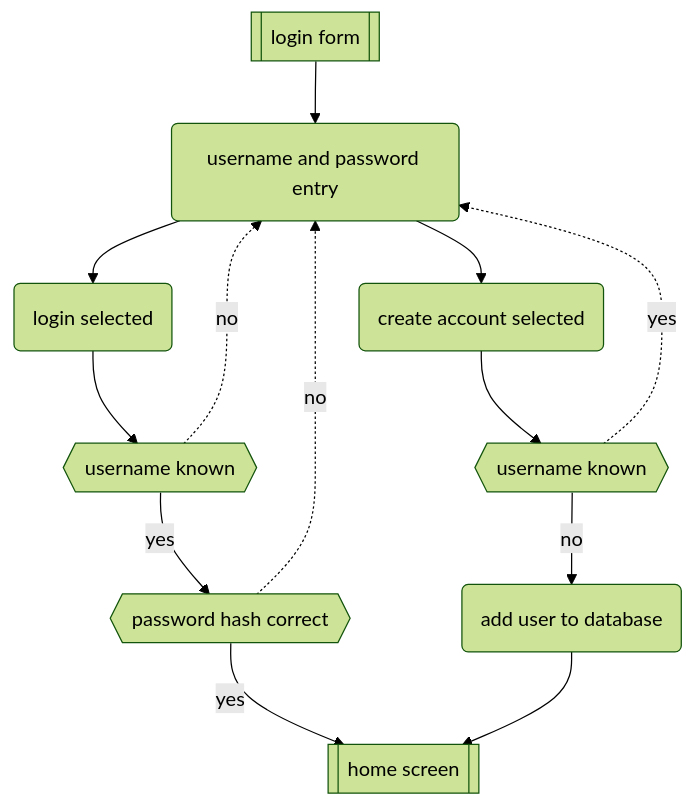
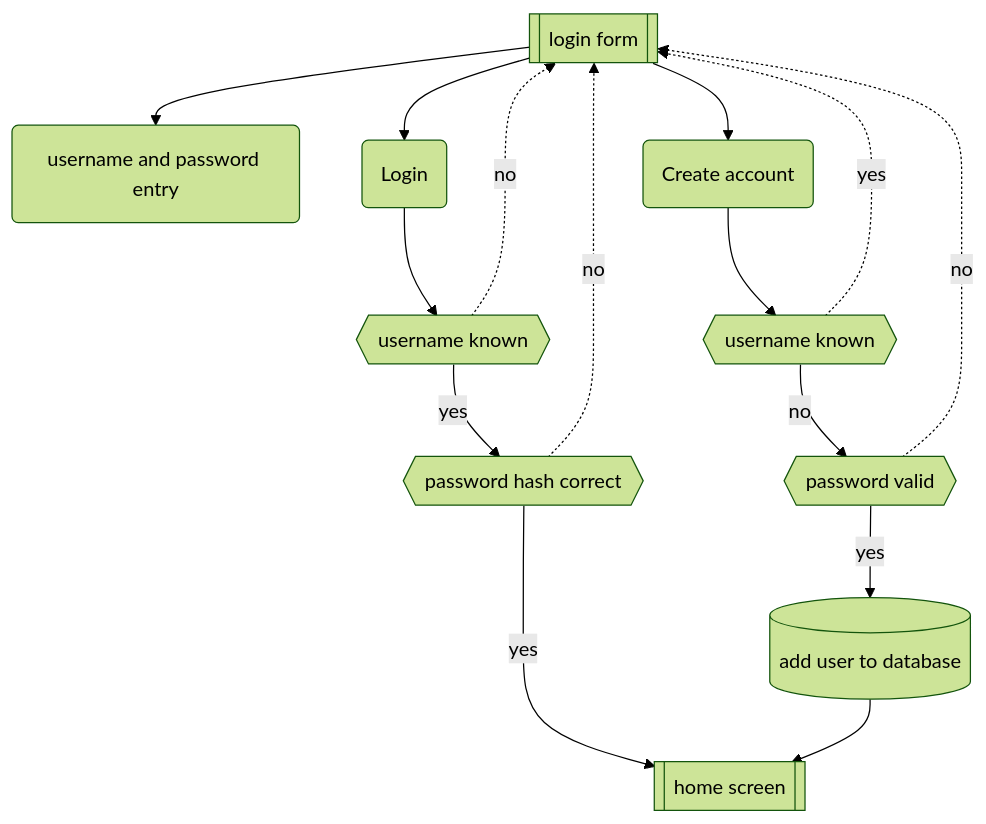
The second of 4 diagrams in README.md (pxp888/passcodes), drawn with Mermaid (forest theme) before and after one commit. The commit also changed other lines of this file and 1 other file, not shown here.

Commit message:
update README flowcharts

```diff
--- a/README.md
+++ b/README.md
@@ -73,26 +73,21 @@
 ~~~mermaid
 graph TD
 lg[[login form]]
 de(username and password entry)
-ls(login selected)
-cs(create account selected)
+ls(Login)
+cs(Create account )
 uk1{{username known}}
 uk2{{username known}}
 pw1{{password hash correct}}
 hs[[home screen]]
-ad(add user to database)
+ad[(add user to database)]
+pv{{password valid}}
 
-lg-->de
-de-->ls
-ls-->uk1
-uk1-.->|no|de
-uk1-->|yes|pw1
-pw1-.->|no|de
-pw1-->|yes|hs
-
-de-->cs
-cs-->uk2
-uk2-.->|yes|de
-uk2-->|no|ad
-ad-->hs
+lg-->de & ls & cs
+ls-->uk1-->|yes|pw1-->|yes|hs
+pw1-.->|no|lg
+uk1-.->|no|lg
+cs-->uk2-->|no|pv-->|yes|ad-->hs
+pv-.->|no|lg 
+uk2-.->|yes|lg
 ~~~
```
